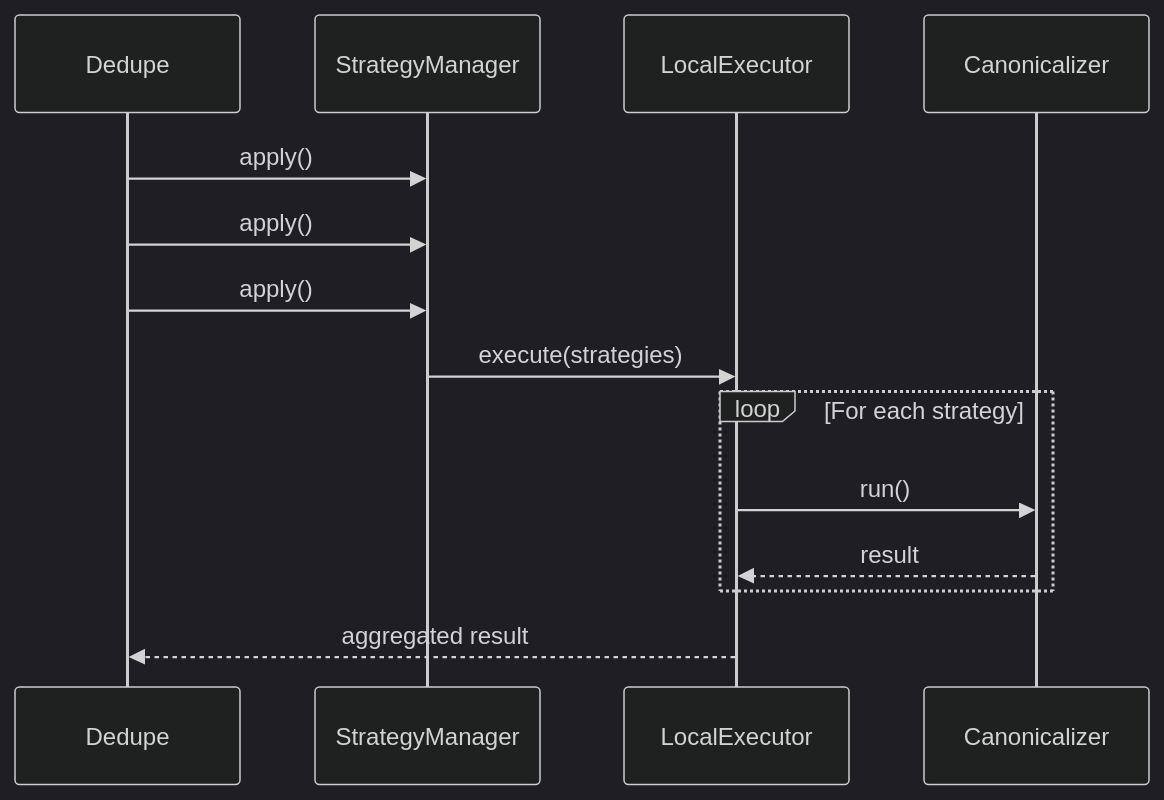
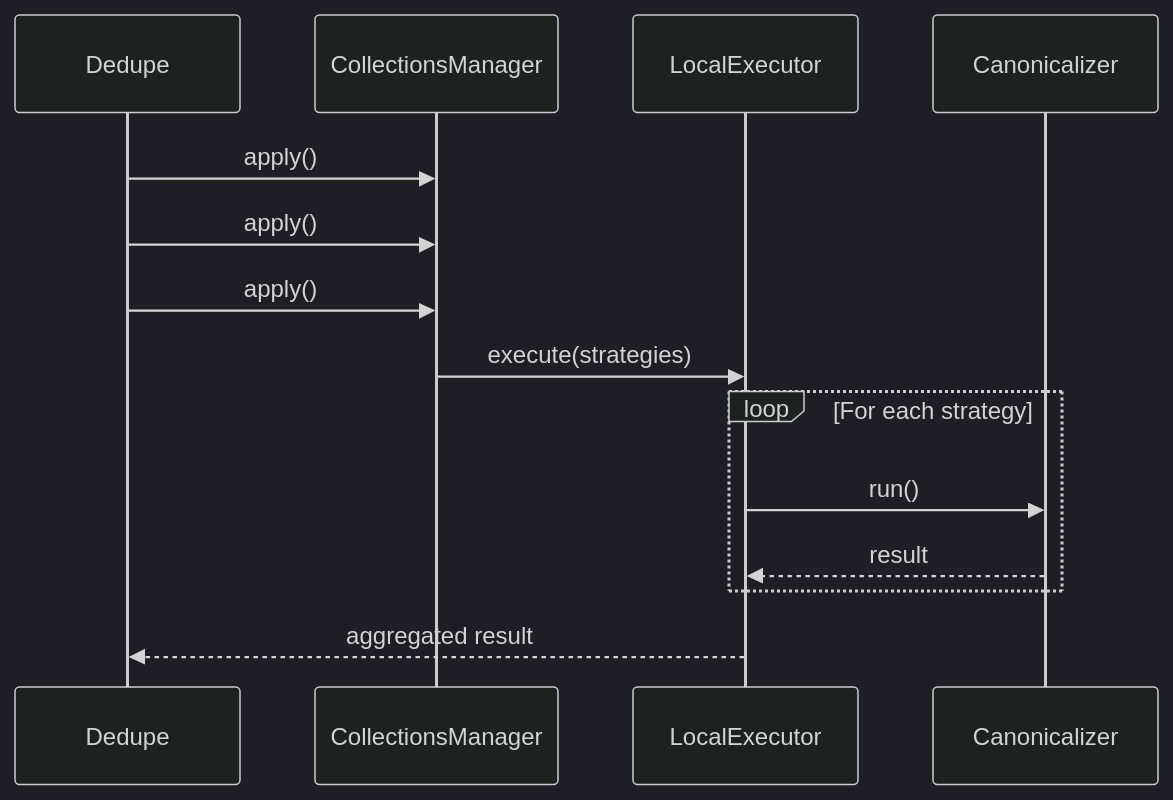
Before and after one commit to VictorAut/liken: the diagram in docs/explanation/how-does-it-work.md, drawn with Mermaid (dark theme). The commit also changed 31 other files, not shown here.

````diff
--- a/docs/explanation/how-does-it-work.md
+++ b/docs/explanation/how-does-it-work.md
@@ -9,19 +9,19 @@
 ``` mermaid
 sequenceDiagram
     participant D as Dedupe
-    participant SM as StrategyManager
+    participant SM as CollectionsManager
     participant E as LocalExecutor
     participant C as Canonicalizer
 
     D->>SM: apply()
     D->>SM: apply()
     D->>SM: apply()
     SM->>E: execute(strategies)
 
     loop For each strategy
         E->>C: run()
         C-->>E: result
     end
 
     E-->>D: aggregated result
 ```
````
